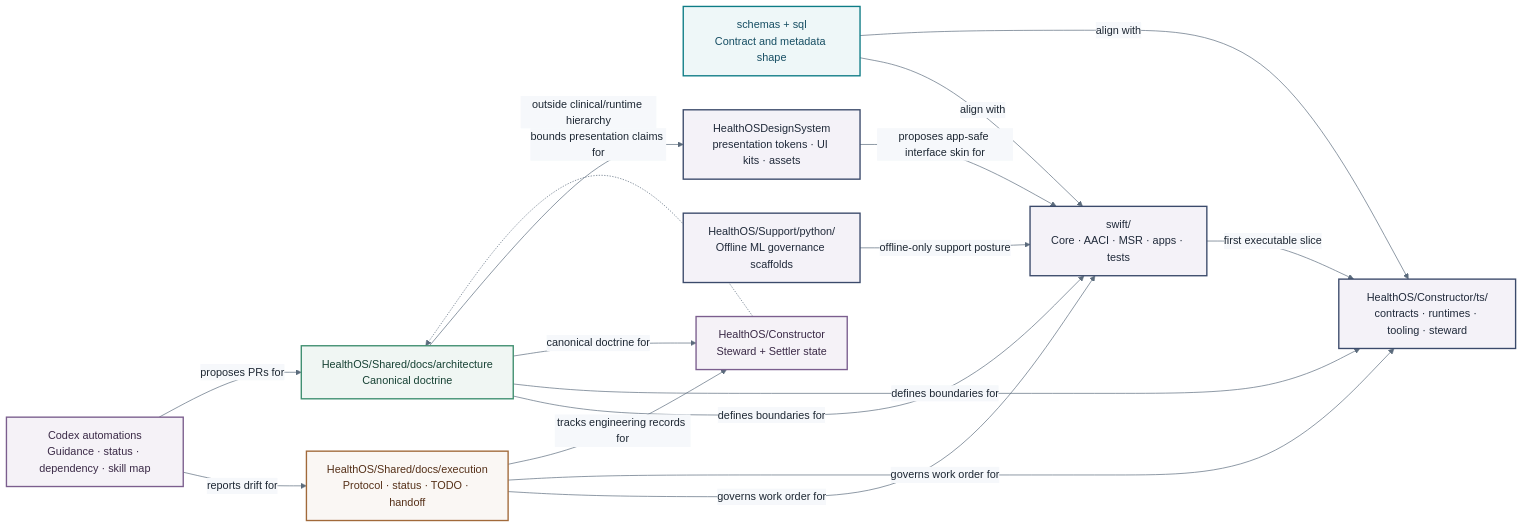
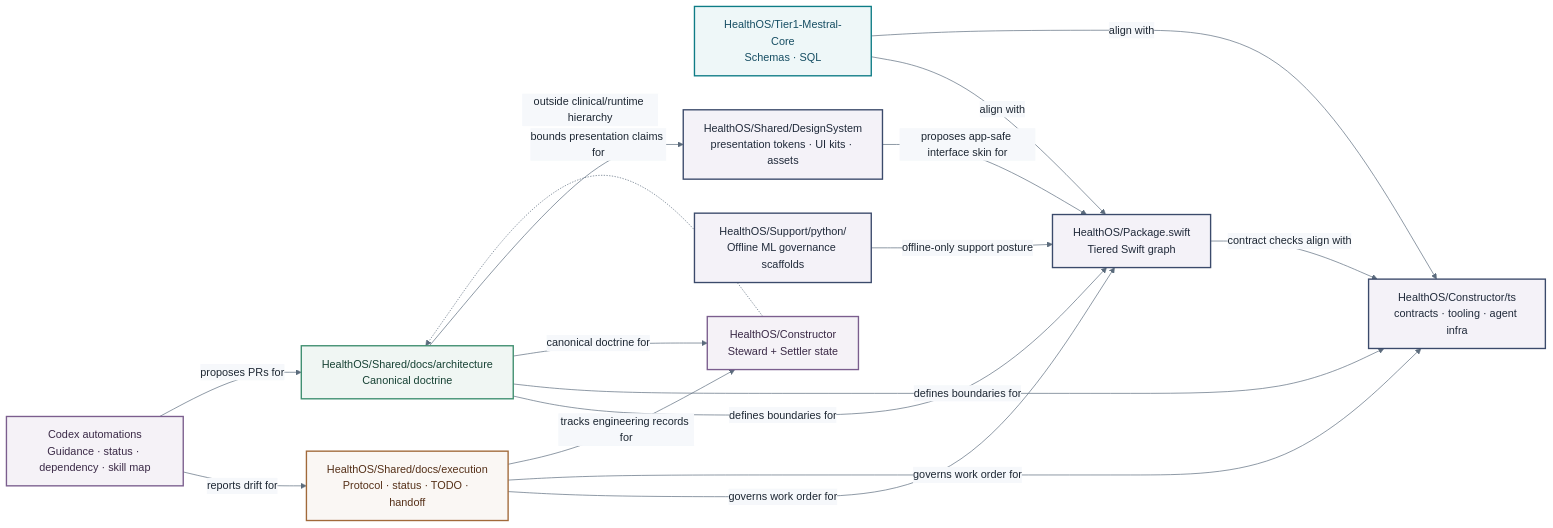
The ninth of 12 diagrams in README.md (myselfgus/HealthOScaffold), drawn with Mermaid before and after one commit. The commit also changed other lines of this file and 30 other files, not shown here.

First line of the commit message:
Update docs for tiered HealthOS layout

````diff
--- a/README.md
+++ b/README.md
@@ -645,35 +645,35 @@
 ```mermaid
 %%{init: {'theme': 'base', 'themeVariables': {'primaryColor': '#F6F8FB', 'primaryBorderColor': '#D6DEE8', 'primaryTextColor': '#1D2733', 'clusterBkg': '#FFFFFF', 'clusterBorder': '#D6DEE8', 'titleColor': '#1D2733', 'lineColor': '#5B6B7C', 'edgeLabelBackground': '#F6F8FB', 'fontFamily': 'ui-rounded, -apple-system, BlinkMacSystemFont, sans-serif'}}}%%
 graph LR
     classDef docs  fill:#F0F6F3,stroke:#3E8E6F,stroke-width:2px,color:#174234
     classDef exec  fill:#FAF7F4,stroke:#A1693A,stroke-width:2px,color:#553018
     classDef code  fill:#F4F2F8,stroke:#3B4A6B,stroke-width:2px,color:#202A3A
     classDef data  fill:#EEF7F8,stroke:#0E7C86,stroke-width:2px,color:#164E63
     classDef agent fill:#F5F2F7,stroke:#7B5E8E,stroke-width:2px,color:#3A2946
 
     D[HealthOS/Shared/docs/architecture\nCanonical doctrine]:::docs
     E[HealthOS/Shared/docs/execution\nProtocol · status · TODO · handoff]:::exec
-    S[schemas + sql\nContract and metadata shape]:::data
-    W[swift/\nCore · AACI · MSR · apps · tests]:::code
-    T[HealthOS/Constructor/ts/\ncontracts · runtimes · tooling · steward]:::code
-    DS[HealthOSDesignSystem\npresentation tokens · UI kits · assets]:::code
+    S[HealthOS/Tier1-Mestral-Core\nSchemas · SQL]:::data
+    W[HealthOS/Package.swift\nTiered Swift graph]:::code
+    T[HealthOS/Constructor/ts\ncontracts · tooling · agent infra]:::code
+    DS[HealthOS/Shared/DesignSystem\npresentation tokens · UI kits · assets]:::code
     P[HealthOS/Support/python/\nOffline ML governance scaffolds]:::code
     EG[HealthOS/Constructor\nSteward + Settler state]:::agent
     CA[Codex automations\nGuidance · status · dependency · skill map]:::agent
 
     D -->|defines boundaries for| W
     D -->|defines boundaries for| T
     D -->|canonical doctrine for| EG
     E -->|governs work order for| W
     E -->|governs work order for| T
     E -->|tracks engineering records for| EG
     S -->|align with| W
     S -->|align with| T
     D -->|bounds presentation claims for| DS
     DS -->|proposes app-safe interface skin for| W
-    W -->|first executable slice| T
+    W -->|contract checks align with| T
     P -->|offline-only support posture| W
     EG -. outside clinical/runtime hierarchy .-> D
     CA -->|reports drift for| E
     CA -->|proposes PRs for| D
 ```
````
